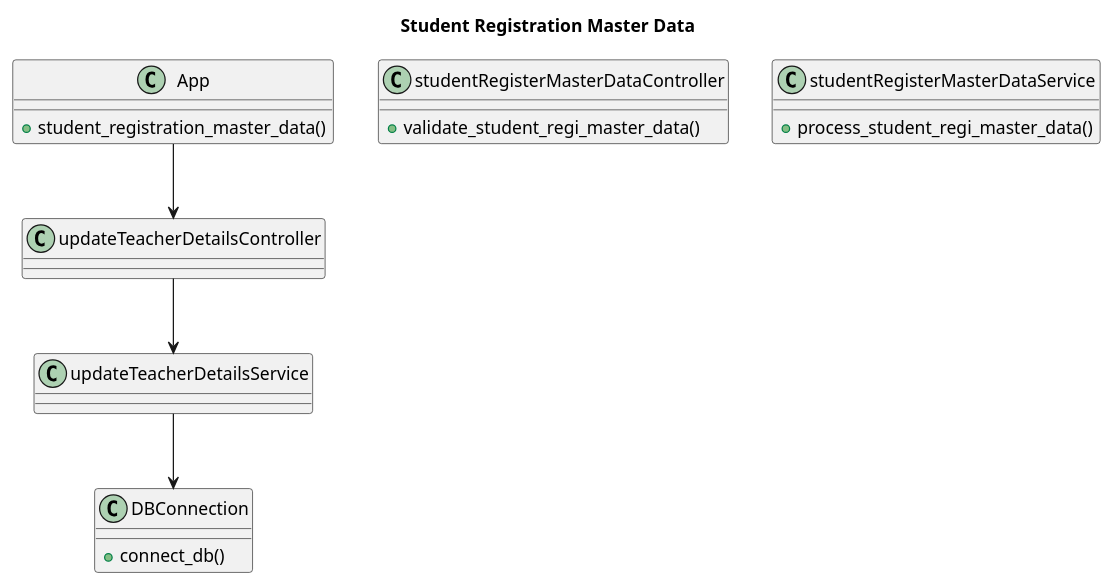
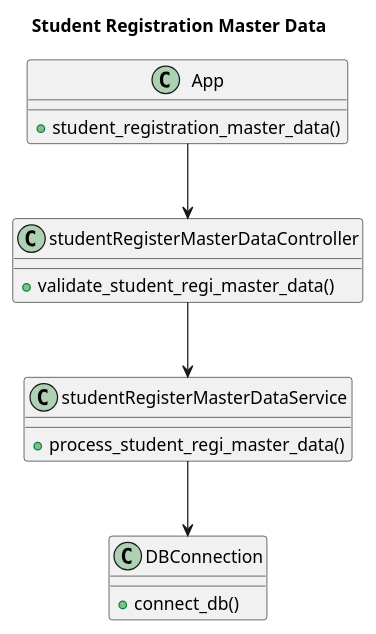
One commit to ManojKumarSreeram/Tution changed the diagram in ClassDiagrams/student_regi_master_data.puml. Above: the diagram before and after it, drawn with PlantUML. The commit also changed 4 other files, not shown here.

Commit message:
added studednt registration master data

```diff
--- a/ClassDiagrams/student_regi_master_data.puml
+++ b/ClassDiagrams/student_regi_master_data.puml
@@ -1,24 +1,24 @@
 @startuml ""
 title Student Registration Master Data
 
 class App {
     +student_registration_master_data()
 }
 
 class studentRegisterMasterDataController {
     +validate_student_regi_master_data()
 }
 
 class studentRegisterMasterDataService {
     +process_student_regi_master_data()
 }
 
 class DBConnection {
     +connect_db()
 }
 
-App --> updateTeacherDetailsController
-updateTeacherDetailsController --> updateTeacherDetailsService 
-updateTeacherDetailsService --> DBConnection
+App --> studentRegisterMasterDataController
+studentRegisterMasterDataController --> studentRegisterMasterDataService 
+studentRegisterMasterDataService --> DBConnection
 
 @enduml
```
